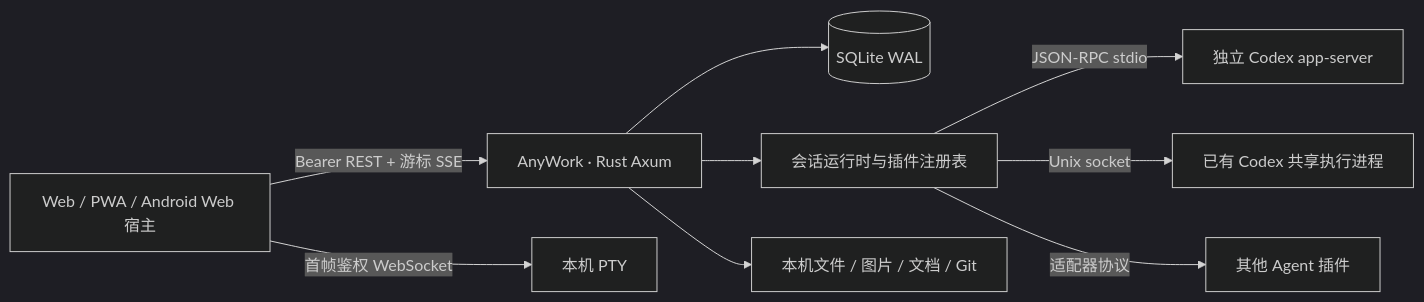
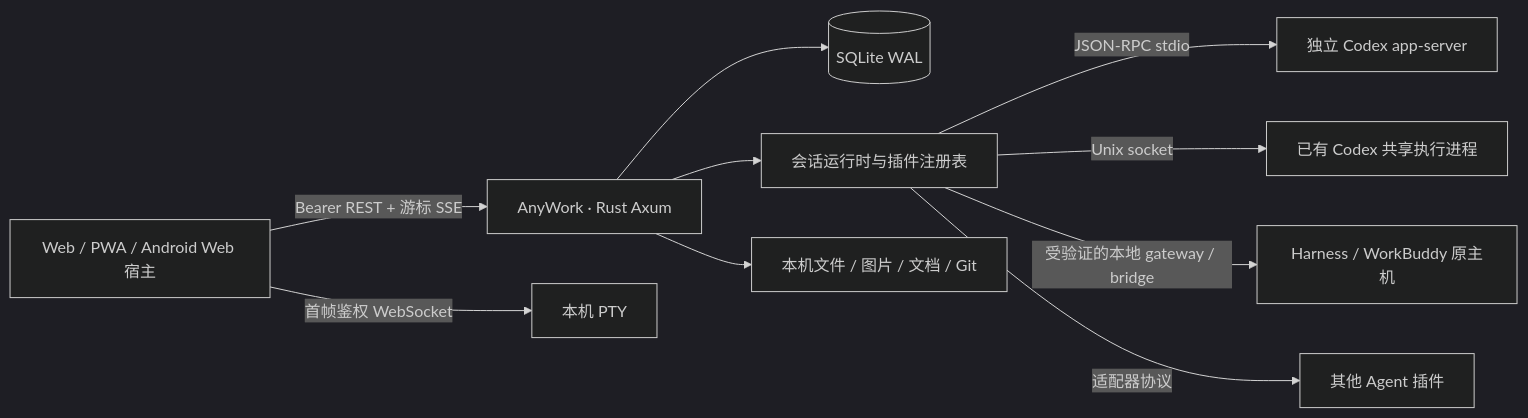
One commit to ywateru/AnyWork changed the diagram in docs/architecture.md. Above: the diagram before and after it, drawn with Mermaid (dark theme). The commit also changed other lines of this file and 12 other files, not shown here.

````diff
--- a/docs/architecture.md
+++ b/docs/architecture.md
@@ -5,11 +5,12 @@
 ```mermaid
 flowchart LR
   W[Web / PWA / Android Web 宿主] -->|Bearer REST + 游标 SSE| H[AnyWork · Rust Axum]
   W -->|首帧鉴权 WebSocket| T[本机 PTY]
   H --> D[(SQLite WAL)]
   H --> R[会话运行时与插件注册表]
   R -->|JSON-RPC stdio| C[独立 Codex app-server]
   R -->|Unix socket| S[已有 Codex 共享执行进程]
+  R -->|受验证的本地 gateway / bridge| G[Harness / WorkBuddy 原主机]
   R -->|适配器协议| P[其他 Agent 插件]
   H --> F[本机文件 / 图片 / 文档 / Git]
 ```
````
